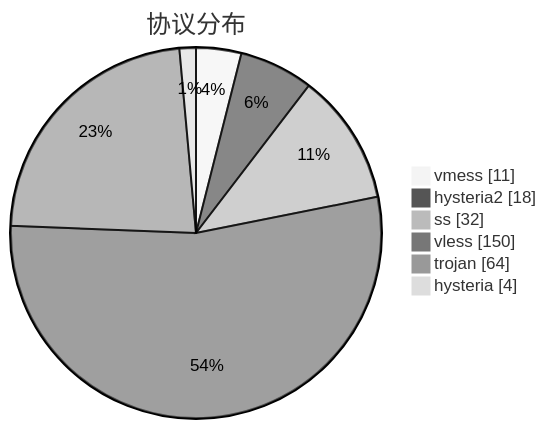
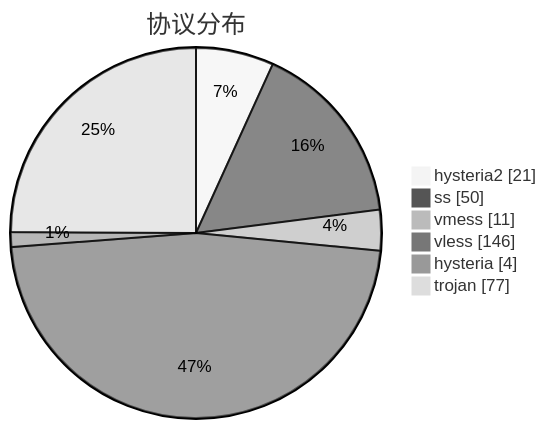
One commit to sinspired/airport changed the third of 3 diagrams in subs/statistics/tested_within.md. Above: the diagram before and after it, drawn with Mermaid (neutral theme). The commit also changed other lines of this file and 2 other files, not shown here.

````diff
--- a/subs/statistics/tested_within.md
+++ b/subs/statistics/tested_within.md
@@ -44,10 +49,10 @@
 ```mermaid
 pie showData
 title 协议分布
+"hysteria2" : 21
+"ss" : 50
 "vmess" : 11
-"hysteria2" : 18
-"ss" : 32
-"vless" : 150
-"trojan" : 64
+"vless" : 146
 "hysteria" : 4
+"trojan" : 77
 ```
````
